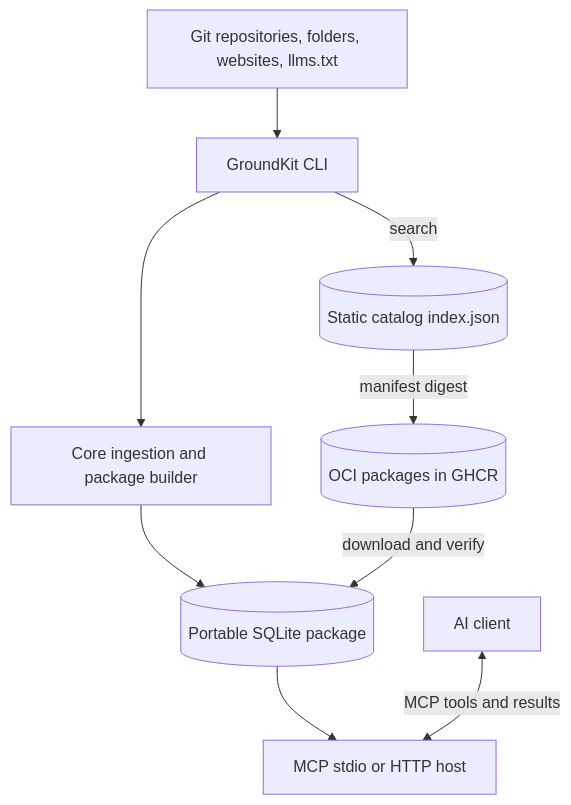
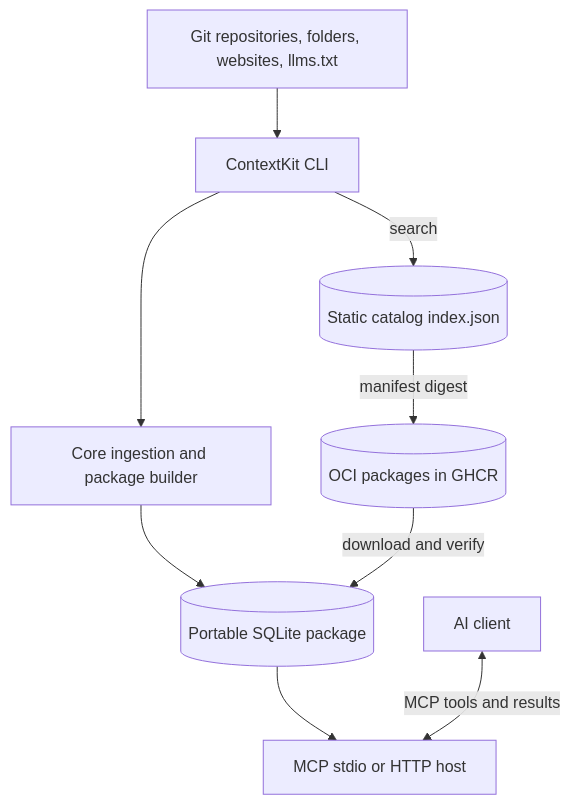
Before and after one commit to mehdihadeli/ContextKit: the second of 4 diagrams in docs/guide/architecture.md, drawn with Mermaid. The commit also changed other lines of this file and 204 other files, not shown here.

````diff
--- a/docs/guide/architecture.md
+++ b/docs/guide/architecture.md
@@ -55,20 +79,20 @@
 ```mermaid
 flowchart TB
   sources[Git repositories, folders, websites, llms.txt]
-  cli[GroundKit CLI]
+  cli[ContextKit CLI]
   ingestion[Core ingestion and package builder]
   local[(Portable SQLite package)]
   catalog[(Static catalog index.json)]
   oci[(OCI packages in GHCR)]
   mcp[MCP stdio or HTTP host]
   ai[AI client]
 
   sources --> cli
   cli --> ingestion
   ingestion --> local
   cli -->|search| catalog
   catalog -->|manifest digest| oci
   oci -->|download and verify| local
   local --> mcp
   ai <-->|MCP tools and results| mcp
 ```
````
